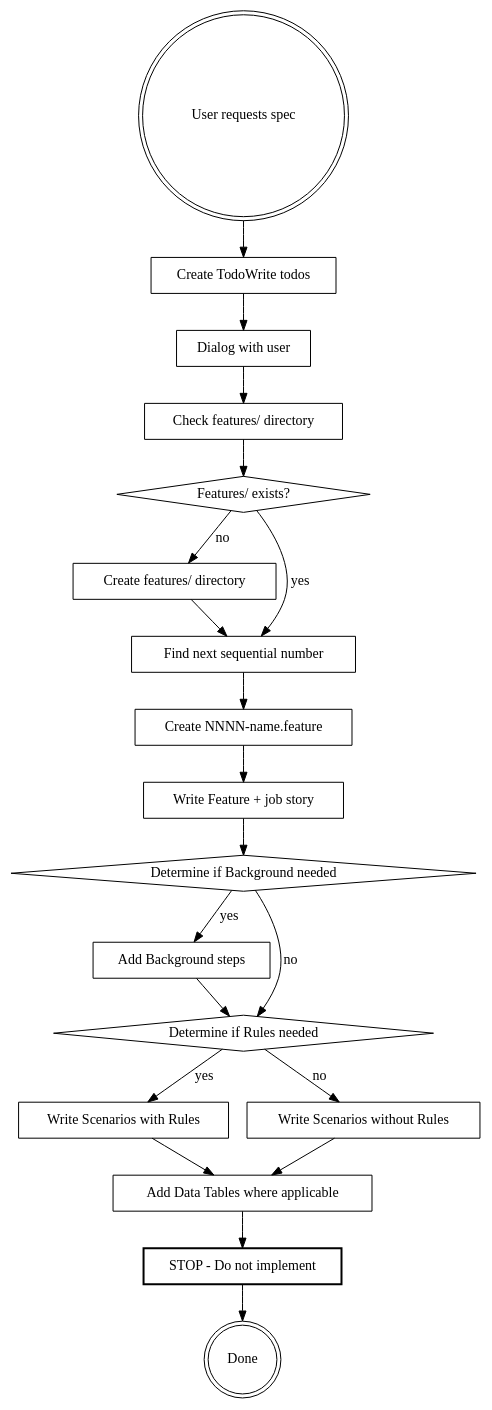
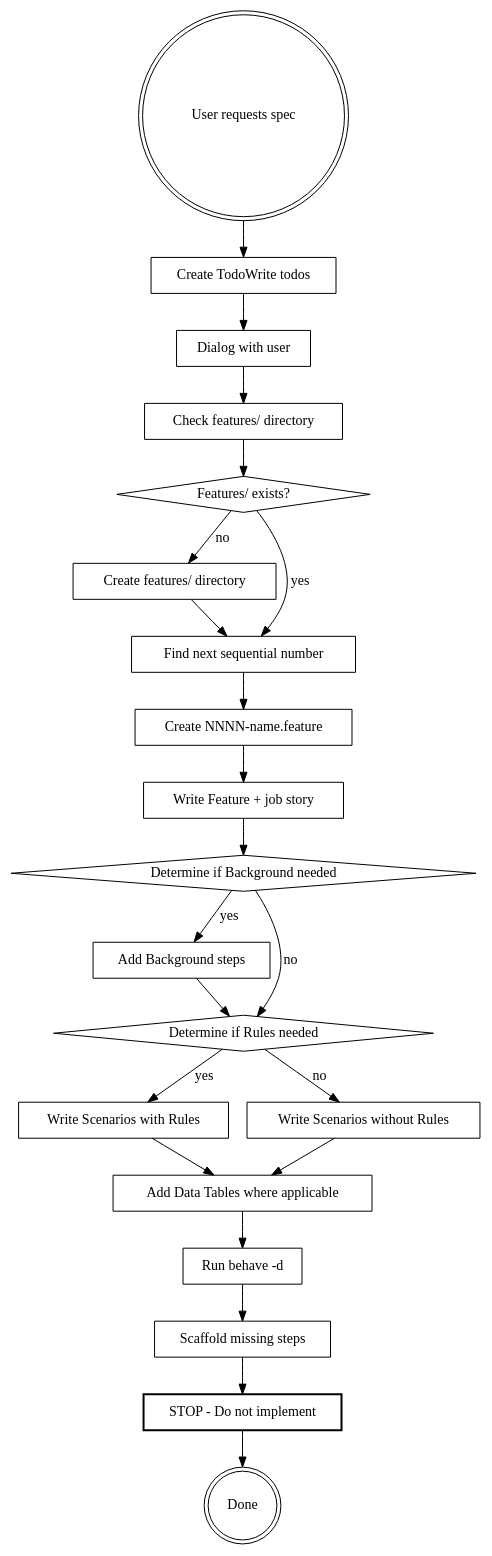
The diagram in .claude/skills/feature/SKILL.md (JohnStrunk/template), drawn with Graphviz before and after one commit. The commit also changed other lines of this file and 1 other file, not shown here.

Commit message:
Create dummy steps for specs

````diff
--- a/.claude/skills/feature/SKILL.md
+++ b/.claude/skills/feature/SKILL.md
@@ -35,42 +35,46 @@
 ```dot
 digraph feature_spec {
     rankdir=TB;
     "User requests spec" [shape=doublecircle];
     "Create TodoWrite todos" [shape=box];
     "Dialog with user" [shape=box];
     "Check features/ directory" [shape=box];
     "Features/ exists?" [shape=diamond];
     "Create features/ directory" [shape=box];
     "Find next sequential number" [shape=box];
     "Create NNNN-name.feature" [shape=box];
     "Write Feature + job story" [shape=box];
     "Determine if Background needed" [shape=diamond];
     "Add Background steps" [shape=box];
     "Determine if Rules needed" [shape=diamond];
     "Write Scenarios with Rules" [shape=box];
     "Write Scenarios without Rules" [shape=box];
     "Add Data Tables where applicable" [shape=box];
+    "Run behave -d" [shape=box];
+    "Scaffold missing steps" [shape=box];
     "STOP - Do not implement" [shape=box, style=bold];
     "Done" [shape=doublecircle];
 
     "User requests spec" -> "Create TodoWrite todos";
     "Create TodoWrite todos" -> "Dialog with user";
     "Dialog with user" -> "Check features/ directory";
     "Check features/ directory" -> "Features/ exists?";
     "Features/ exists?" -> "Create features/ directory" [label="no"];
     "Features/ exists?" -> "Find next sequential number" [label="yes"];
     "Create features/ directory" -> "Find next sequential number";
     "Find next sequential number" -> "Create NNNN-name.feature";
     "Create NNNN-name.feature" -> "Write Feature + job story";
     "Write Feature + job story" -> "Determine if Background needed";
     "Determine if Background needed" -> "Add Background steps" [label="yes"];
     "Determine if Background needed" -> "Determine if Rules needed" [label="no"];
     "Add Background steps" -> "Determine if Rules needed";
     "Determine if Rules needed" -> "Write Scenarios with Rules" [label="yes"];
     "Determine if Rules needed" -> "Write Scenarios without Rules" [label="no"];
     "Write Scenarios with Rules" -> "Add Data Tables where applicable";
     "Write Scenarios without Rules" -> "Add Data Tables where applicable";
-    "Add Data Tables where applicable" -> "STOP - Do not implement";
+    "Add Data Tables where applicable" -> "Run behave -d";
+    "Run behave -d" -> "Scaffold missing steps";
+    "Scaffold missing steps" -> "STOP - Do not implement";
     "STOP - Do not implement" -> "Done";
 }
 ```
````
